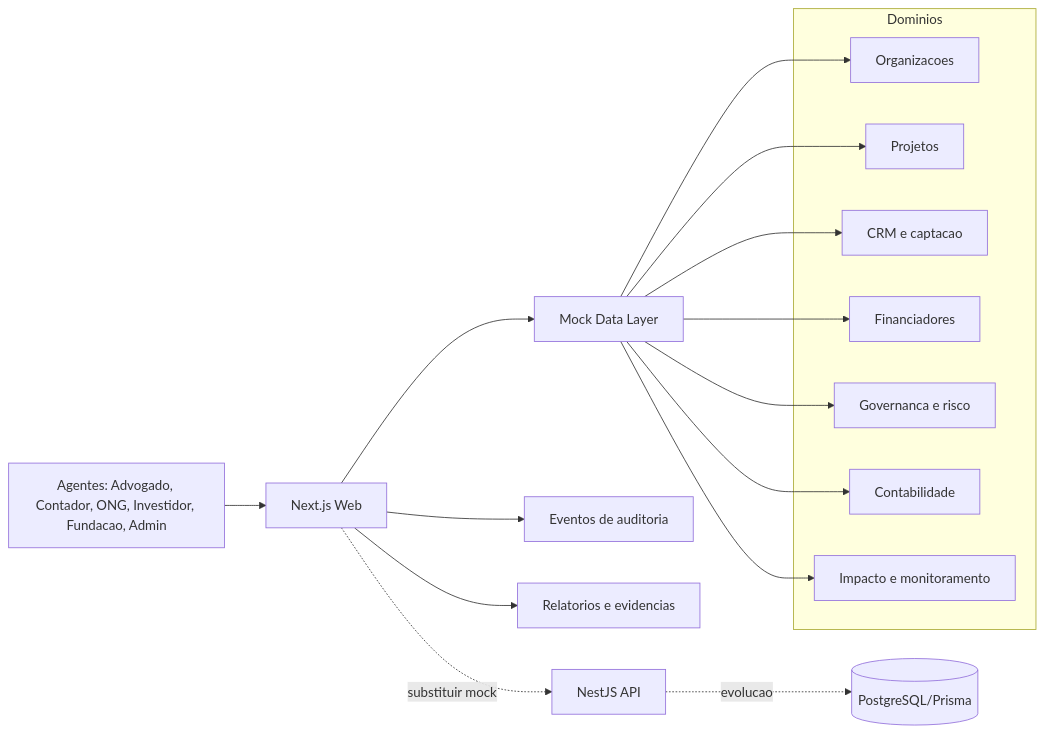
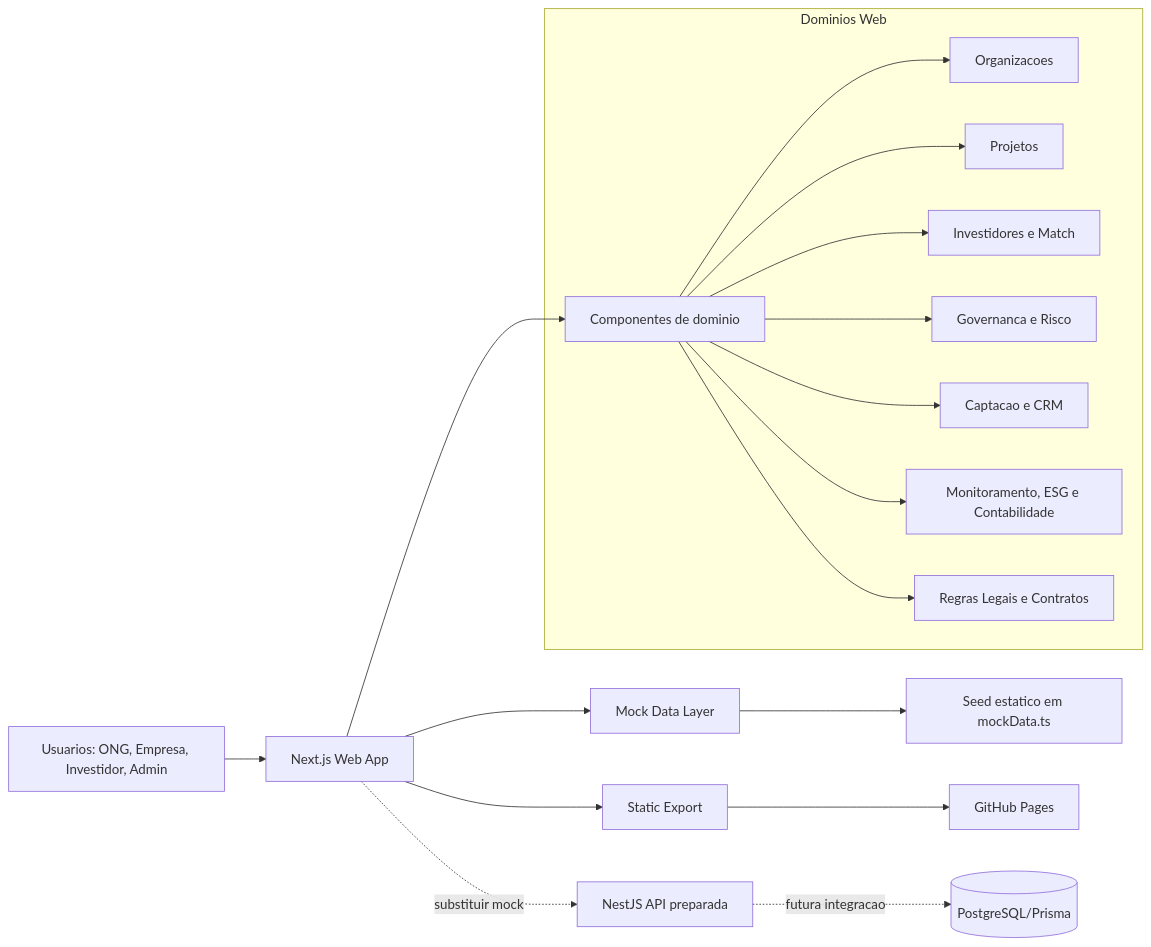
The first of 2 diagrams in Arquitetura-MVP-Tradeoffs.md (wesleyzilva/ONGanizator), drawn with Mermaid before and after one commit. The commit also changed other lines of this file and 145 other files, not shown here.

````diff
--- a/Arquitetura-MVP-Tradeoffs.md
+++ b/Arquitetura-MVP-Tradeoffs.md
@@ -50,28 +83,23 @@
 ```mermaid
 flowchart LR
-  A[Agentes: Advogado, Contador, ONG, Investidor, Fundacao, Admin] --> W[Next.js Web]
-  W --> M[Mock Data Layer]
-  W --> E[Eventos de auditoria]
-  W --> R[Relatorios e evidencias]
+  U[Usuarios: ONG, Empresa, Investidor, Admin] --> W[Next.js Web App]
+  W --> MD[Mock Data Layer]
+  W --> UI[Componentes de dominio]
 
-  subgraph Dominios
-    O[Organizacoes]
-    P[Projetos]
-    C[CRM e captacao]
-    F[Financiadores]
-    G[Governanca e risco]
-    K[Contabilidade]
-    I[Impacto e monitoramento]
+  subgraph Dominios Web
+    UI --> D1[Organizacoes]
+    UI --> D2[Projetos]
+    UI --> D3[Investidores e Match]
+    UI --> D4[Governanca e Risco]
+    UI --> D5[Captacao e CRM]
+    UI --> D6[Monitoramento, ESG e Contabilidade]
+    UI --> D7[Regras Legais e Contratos]
   end
 
-  M --> O
-  M --> P
-  M --> C
-  M --> F
-  M --> G
-  M --> K
-  M --> I
+  MD --> S1[Seed estatico em mockData.ts]
+  W --> GH[Static Export]
+  GH --> P[GitHub Pages]
 
-  API[NestJS API] -. evolucao .-> DB[(PostgreSQL/Prisma)]
+  API[NestJS API preparada] -. futura integracao .-> DB[(PostgreSQL/Prisma)]
   W -. substituir mock .-> API
 ```
````
